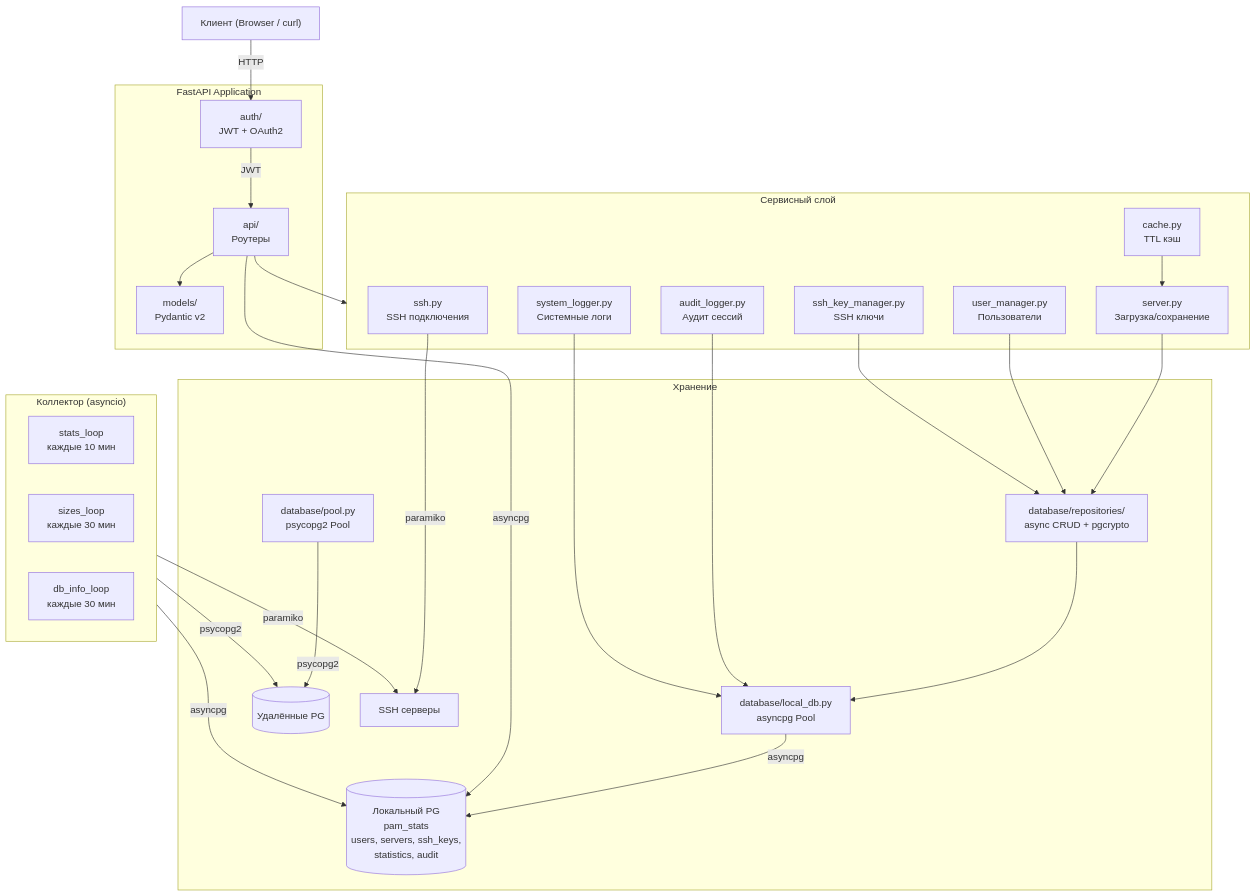
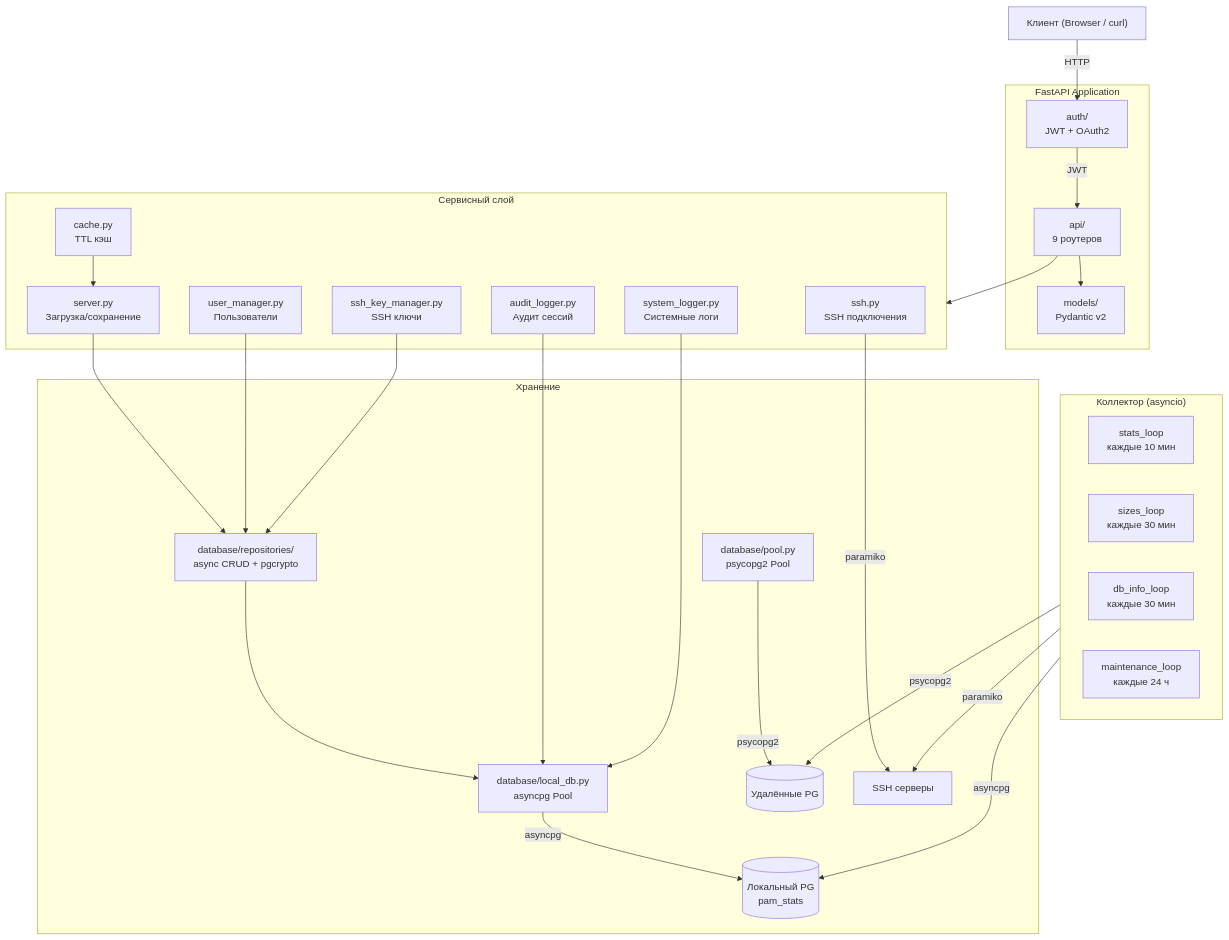
One commit to wobujidao/PostgreSQL-Activity-Monitor changed the diagram in backend/README.md. Above: the diagram before and after it, drawn with Mermaid. The commit also changed other lines of this file and 3 other files, not shown here.

````diff
--- a/backend/README.md
+++ b/backend/README.md
@@ -19,55 +19,55 @@
 ```mermaid
 graph TD
     Client["Клиент (Browser / curl)"]
 
     subgraph FastAPI["FastAPI Application"]
         Auth["auth/<br/>JWT + OAuth2"]
-        Router["api/<br/>Роутеры"]
+        Router["api/<br/>9 роутеров"]
         Models["models/<br/>Pydantic v2"]
     end
 
     subgraph Collector["Коллектор (asyncio)"]
         Stats["stats_loop<br/>каждые 10 мин"]
         Sizes["sizes_loop<br/>каждые 30 мин"]
         DBInfo["db_info_loop<br/>каждые 30 мин"]
+        Maint["maintenance_loop<br/>каждые 24 ч"]
     end
 
     subgraph Services["Сервисный слой"]
         ServerSvc["server.py<br/>Загрузка/сохранение"]
         SSHSvc["ssh.py<br/>SSH подключения"]
         CacheSvc["cache.py<br/>TTL кэш"]
         UserSvc["user_manager.py<br/>Пользователи"]
         KeySvc["ssh_key_manager.py<br/>SSH ключи"]
         AuditSvc["audit_logger.py<br/>Аудит сессий"]
         LogSvc["system_logger.py<br/>Системные логи"]
     end
 
     subgraph Storage["Хранение"]
         Pool["database/pool.py<br/>psycopg2 Pool"]
         LocalDB["database/local_db.py<br/>asyncpg Pool"]
         Repos["database/repositories/<br/>async CRUD + pgcrypto"]
         PG[("Удалённые PG")]
-        LocalPG[("Локальный PG<br/>pam_stats<br/>users, servers, ssh_keys,<br/>statistics, audit")]
+        LocalPG[("Локальный PG<br/>pam_stats")]
         SSH["SSH серверы"]
     end
 
     Client -->|HTTP| Auth
     Auth -->|JWT| Router
     Router --> Models
     Router --> Services
 
     ServerSvc --> Repos
     SSHSvc -->|paramiko| SSH
     CacheSvc --> ServerSvc
     UserSvc --> Repos
     KeySvc --> Repos
     Repos --> LocalDB
     Pool -->|psycopg2| PG
     LocalDB -->|asyncpg| LocalPG
     AuditSvc --> LocalDB
     LogSvc --> LocalDB
     Collector -->|psycopg2| PG
     Collector -->|paramiko| SSH
     Collector -->|asyncpg| LocalPG
-    Router -->|asyncpg| LocalPG
 ```
````
